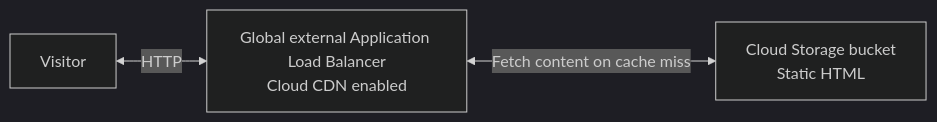
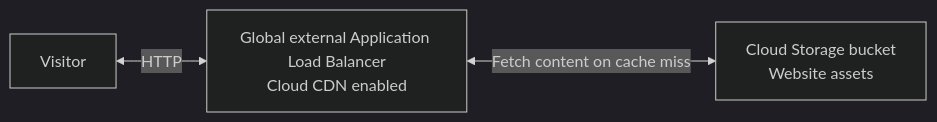
Before and after one commit to gtaufic/my-website: the first of 2 diagrams in README.md, drawn with Mermaid (dark theme). The commit also changed other lines of this file and 1 other file, not shown here.

````diff
--- a/README.md
+++ b/README.md
@@ -5,5 +7,5 @@
 ```mermaid
 flowchart LR
     visitor["Visitor"] <-->|HTTP| frontend["Global external Application Load Balancer<br/>Cloud CDN enabled"]
-    frontend <-->|Fetch content on cache miss| storage["Cloud Storage bucket<br/>Static HTML"]
+    frontend <-->|Fetch content on cache miss| storage["Cloud Storage bucket<br/>Website assets"]
 ```
````
